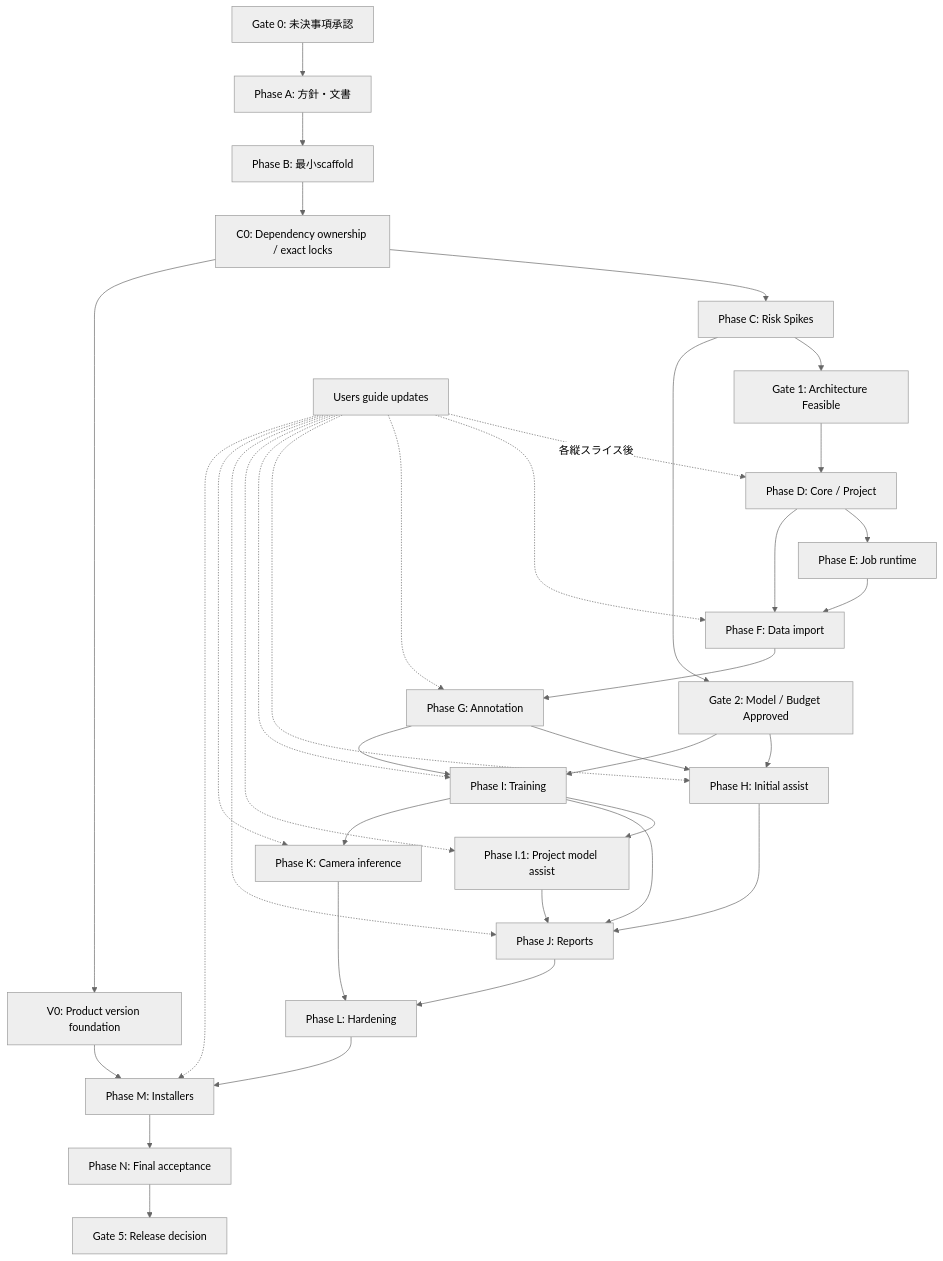
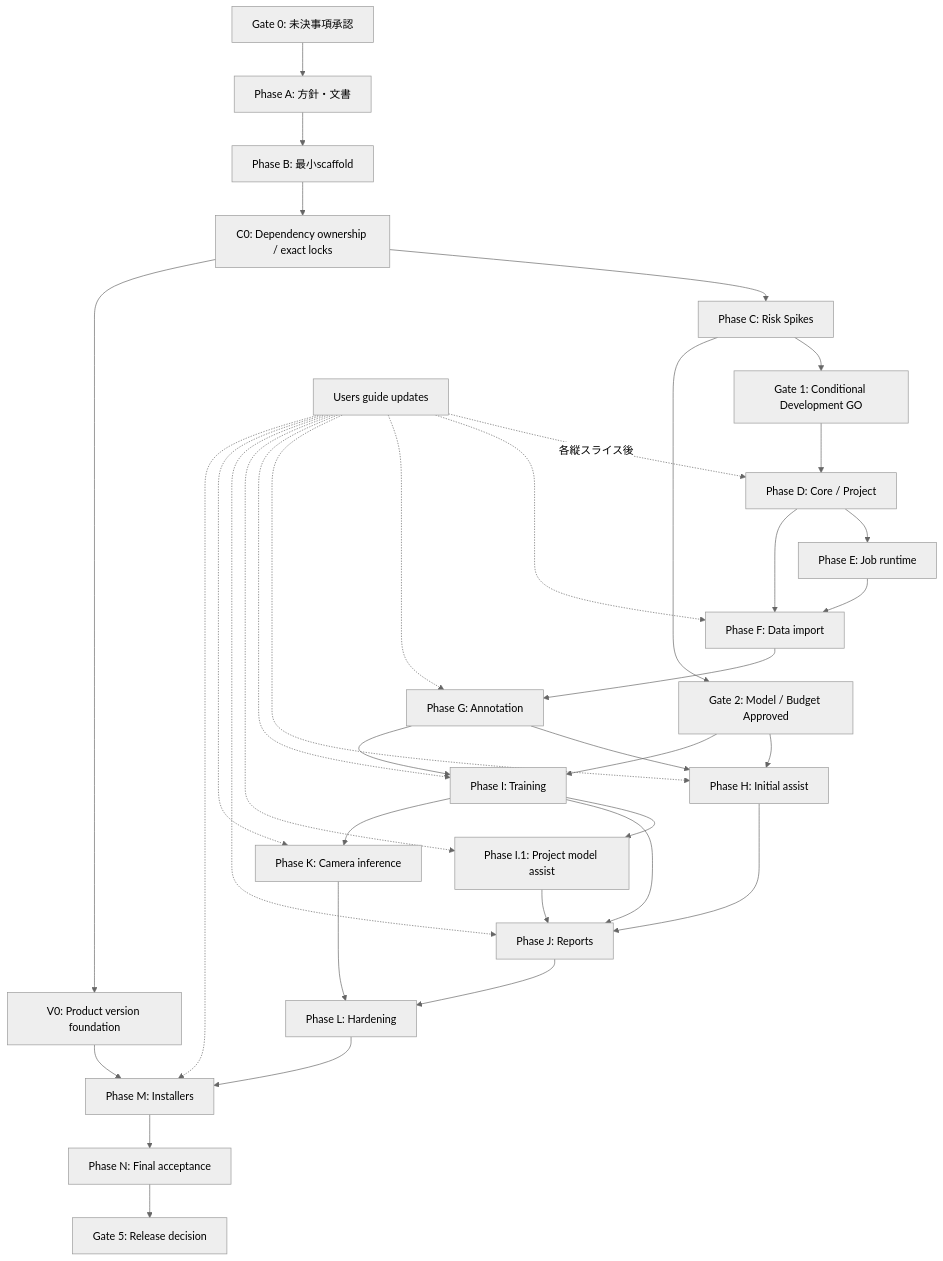
Before and after one commit to dahatake/AutoVision-Studio: the second of 2 diagrams in docs/implementation-plan.md, drawn with Mermaid (neutral theme). The commit also changed other lines of this file and 358 other files, not shown here.

````diff
--- a/docs/implementation-plan.md
+++ b/docs/implementation-plan.md
@@ -215,39 +225,39 @@
 ```mermaid
 flowchart TD
     G0[Gate 0: 未決事項承認] --> A[Phase A: 方針・文書]
     A --> B[Phase B: 最小scaffold]
     B --> C0[C0: Dependency ownership / exact locks]
     C0 --> C[Phase C: Risk Spikes]
     C0 --> V0[V0: Product version foundation]
-    C --> G1[Gate 1: Architecture Feasible]
+    C --> G1[Gate 1: Conditional Development GO]
     C --> G2[Gate 2: Model / Budget Approved]
     G1 --> D[Phase D: Core / Project]
     D --> E[Phase E: Job runtime]
     D --> F[Phase F: Data import]
     E --> F
     F --> N[Phase G: Annotation]
     N --> AS[Phase H: Initial assist]
     N --> TR[Phase I: Training]
     G2 --> AS
     G2 --> TR
     TR --> ASP[Phase I.1: Project model assist]
     TR --> RP[Phase J: Reports]
     TR --> IN[Phase K: Camera inference]
     AS --> RP
     ASP --> RP
     RP --> H[Phase L: Hardening]
     IN --> H
     H --> PK[Phase M: Installers]
     V0 --> PK
     PK --> FIN[Phase N: Final acceptance]
     FIN --> G5[Gate 5: Release decision]
     DOC[Users guide updates] -.各縦スライス後.-> D
     DOC -.-> F
     DOC -.-> N
     DOC -.-> AS
     DOC -.-> TR
     DOC -.-> ASP
     DOC -.-> RP
     DOC -.-> IN
     DOC -.-> PK
 ```
````
